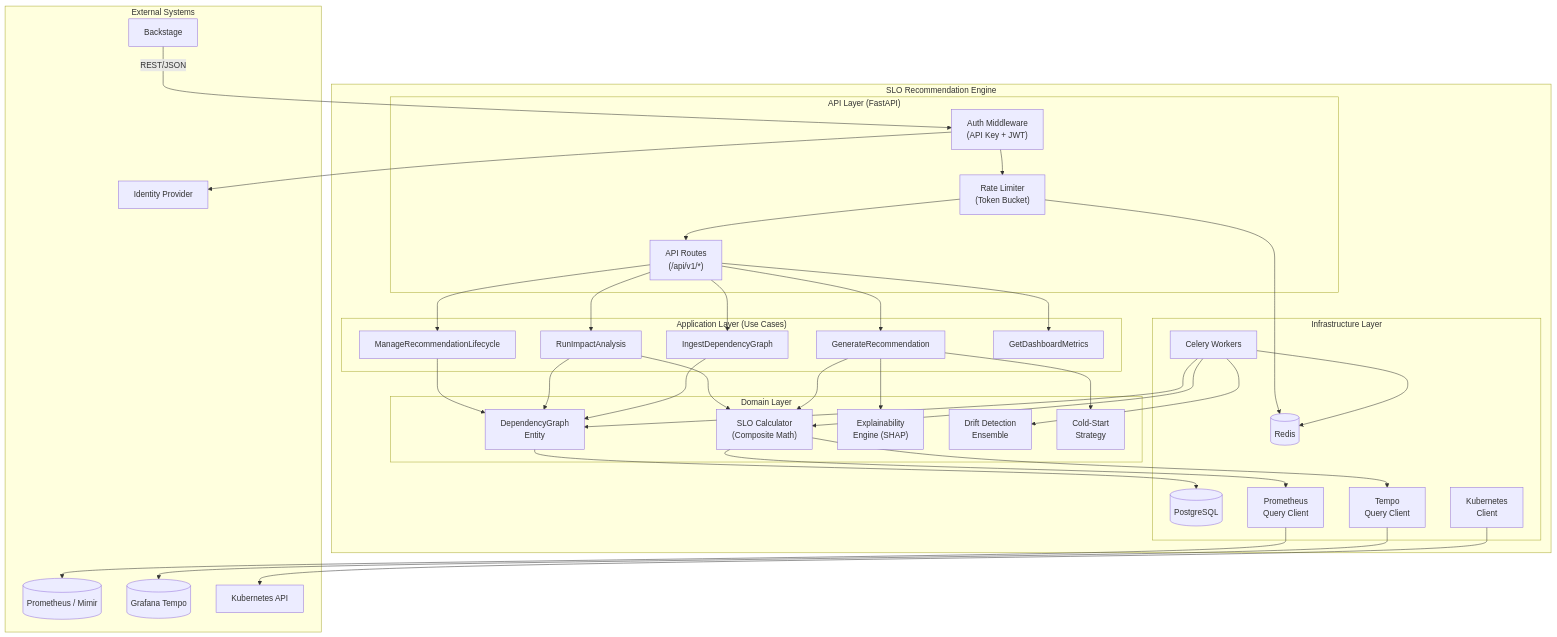
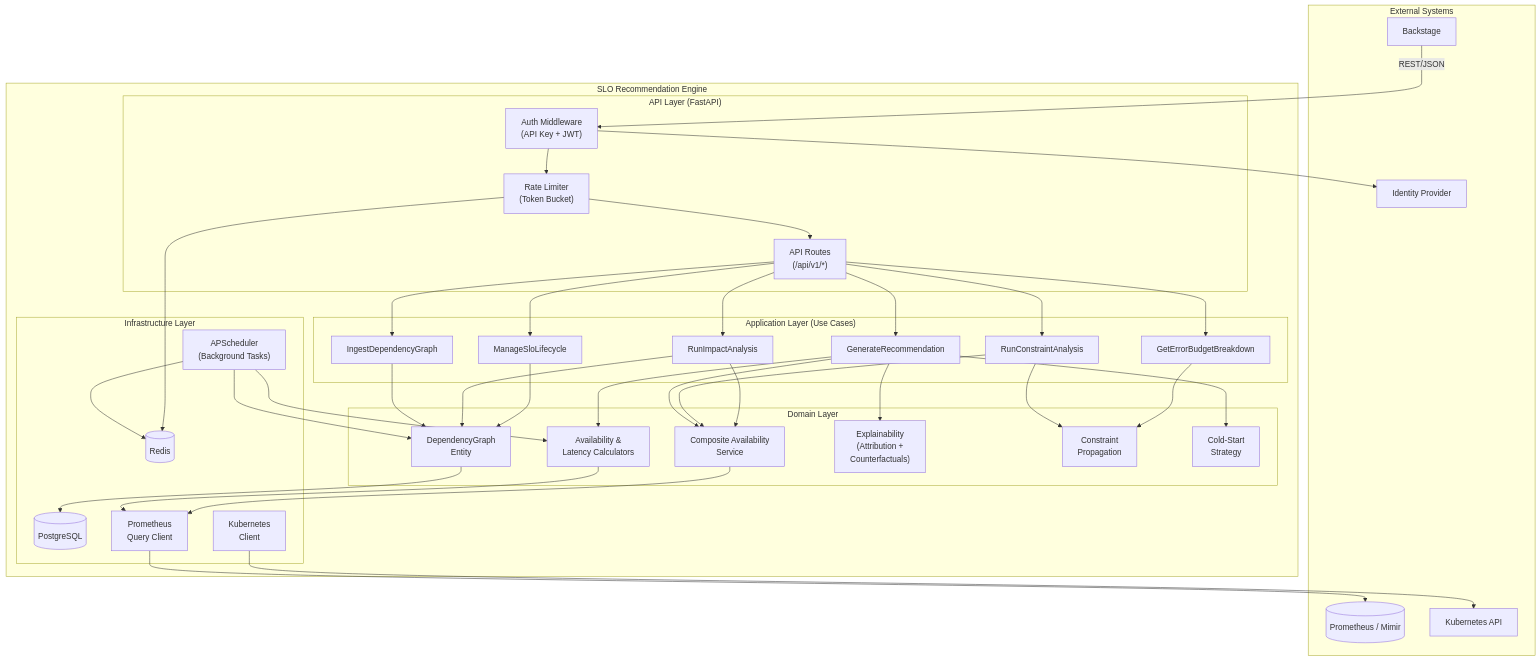
Before and after one commit to anant-gupta-utexas/slo-recommendation-engine: the second of 8 diagrams in docs/2_architecture/system_design.md, drawn with Mermaid. The commit also changed other lines of this file, not shown here.

````diff
--- a/docs/2_architecture/system_design.md
+++ b/docs/2_architecture/system_design.md
@@ -92,60 +90,62 @@
 ```mermaid
 graph TD
     subgraph External["External Systems"]
         PROM[("Prometheus / Mimir")]
-        TEMPO[("Grafana Tempo")]
         K8S["Kubernetes API"]
         IDP["Identity Provider"]
         BACKSTAGE["Backstage"]
     end
 
     subgraph SLO_ENGINE["SLO Recommendation Engine"]
         subgraph API_LAYER["API Layer (FastAPI)"]
             AUTH["Auth Middleware<br/>(API Key + JWT)"]
             RATE["Rate Limiter<br/>(Token Bucket)"]
             ROUTES["API Routes<br/>(/api/v1/*)"]
         end
 
         subgraph APP_LAYER["Application Layer (Use Cases)"]
             UC_INGEST["IngestDependencyGraph"]
             UC_RECOMMEND["GenerateRecommendation"]
+            UC_CONSTRAINT["RunConstraintAnalysis"]
             UC_IMPACT["RunImpactAnalysis"]
-            UC_LIFECYCLE["ManageRecommendationLifecycle"]
-            UC_DASHBOARD["GetDashboardMetrics"]
+            UC_LIFECYCLE["ManageSloLifecycle"]
+            UC_BUDGET["GetErrorBudgetBreakdown"]
         end
 
         subgraph DOMAIN["Domain Layer"]
             DEP_GRAPH["DependencyGraph<br/>Entity"]
-            SLO_CALC["SLO Calculator<br/>(Composite Math)"]
-            EXPLAIN["Explainability<br/>Engine (SHAP)"]
-            DRIFT["Drift Detection<br/>Ensemble"]
+            SLO_CALC["Availability &<br/>Latency Calculators"]
+            COMPOSITE["Composite Availability<br/>Service"]
+            EXPLAIN["Explainability<br/>(Attribution +<br/>Counterfactuals)"]
+            CONSTRAINT["Constraint<br/>Propagation"]
             COLD["Cold-Start<br/>Strategy"]
         end
 
         subgraph INFRA["Infrastructure Layer"]
             PG[("PostgreSQL")]
             REDIS[("Redis")]
             PROM_CLIENT["Prometheus<br/>Query Client"]
-            TEMPO_CLIENT["Tempo<br/>Query Client"]
             K8S_CLIENT["Kubernetes<br/>Client"]
-            CELERY["Celery Workers"]
+            SCHEDULER["APScheduler<br/>(Background Tasks)"]
         end
     end
 
     BACKSTAGE -->|REST/JSON| AUTH
     AUTH --> RATE --> ROUTES
-    ROUTES --> UC_INGEST & UC_RECOMMEND & UC_IMPACT & UC_LIFECYCLE & UC_DASHBOARD
+    ROUTES --> UC_INGEST & UC_RECOMMEND & UC_CONSTRAINT & UC_IMPACT & UC_LIFECYCLE & UC_BUDGET
     UC_INGEST --> DEP_GRAPH
-    UC_RECOMMEND --> SLO_CALC & EXPLAIN & COLD
-    UC_IMPACT --> SLO_CALC & DEP_GRAPH
+    UC_RECOMMEND --> SLO_CALC & COMPOSITE & EXPLAIN & COLD
+    UC_CONSTRAINT --> COMPOSITE & CONSTRAINT
+    UC_IMPACT --> COMPOSITE & DEP_GRAPH
     UC_LIFECYCLE --> DEP_GRAPH
+    UC_BUDGET --> CONSTRAINT
     DEP_GRAPH --> PG
-    SLO_CALC --> PROM_CLIENT & TEMPO_CLIENT
+    SLO_CALC --> PROM_CLIENT
+    COMPOSITE --> PROM_CLIENT
     PROM_CLIENT --> PROM
-    TEMPO_CLIENT --> TEMPO
     K8S_CLIENT --> K8S
-    CELERY --> DRIFT & DEP_GRAPH & SLO_CALC
-    CELERY --> REDIS
+    SCHEDULER --> DEP_GRAPH & SLO_CALC
+    SCHEDULER --> REDIS
     AUTH --> IDP
     RATE --> REDIS
 ```
````
